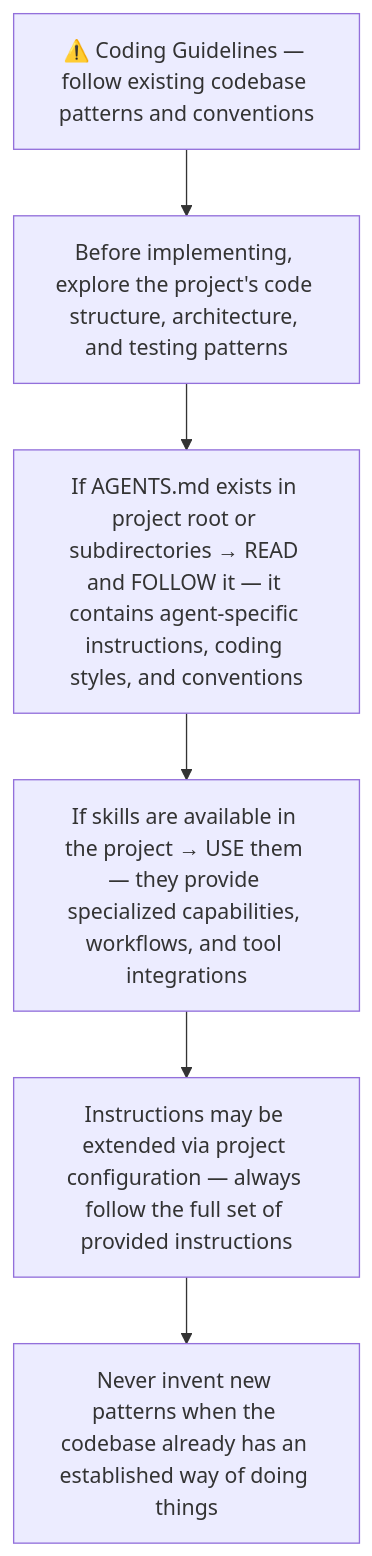
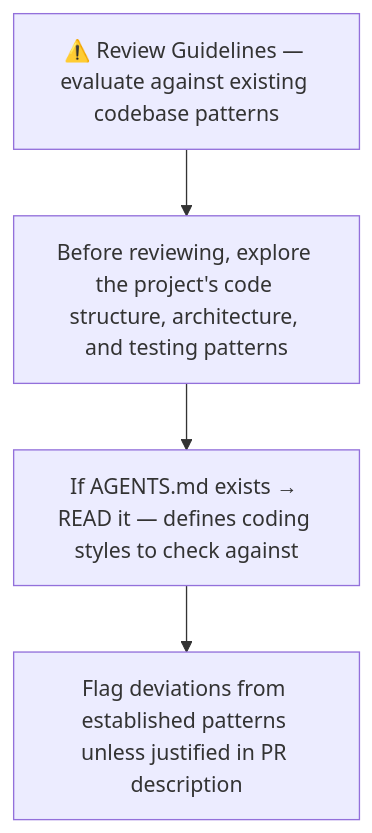
The first of 7 diagrams in snapshots/pr_review.md (IstiN/dmtools-agents), drawn with Mermaid before and after one commit. The commit also changed other lines of this file and 25 other files, not shown here.

````diff
--- a/snapshots/pr_review.md
+++ b/snapshots/pr_review.md
@@ -22,10 +22,8 @@
 ```mermaid
 flowchart TD
-    G1["⚠️ Coding Guidelines — follow existing codebase patterns and conventions"]
-    G2["Before implementing, explore the project's code structure, architecture, and testing patterns"]
-    G3["If AGENTS.md exists in project root or subdirectories → READ and FOLLOW it — it contains agent-specific instructions, coding styles, and conventions"]
-    G4["If skills are available in the project → USE them — they provide specialized capabilities, workflows, and tool integrations"]
-    G5["Instructions may be extended via project configuration — always follow the full set of provided instructions"]
-    G6["Never invent new patterns when the codebase already has an established way of doing things"]
-    G1 --> G2 --> G3 --> G4 --> G5 --> G6
+    G1["⚠️ Review Guidelines — evaluate against existing codebase patterns"]
+    G2["Before reviewing, explore the project's code structure, architecture, and testing patterns"]
+    G3["If AGENTS.md exists → READ it — defines coding styles to check against"]
+    G4["Flag deviations from established patterns unless justified in PR description"]
+    G1 --> G2 --> G3 --> G4
 ```
````
